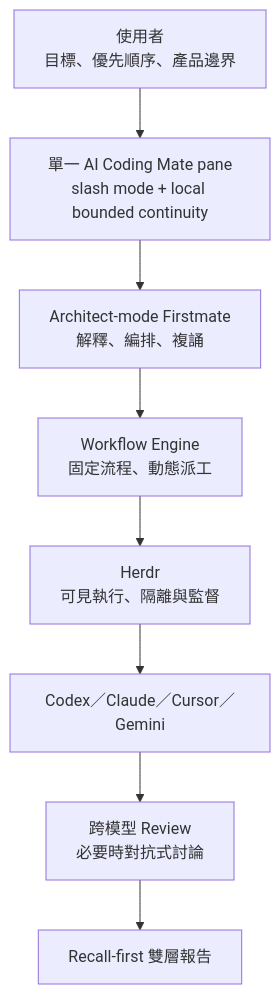
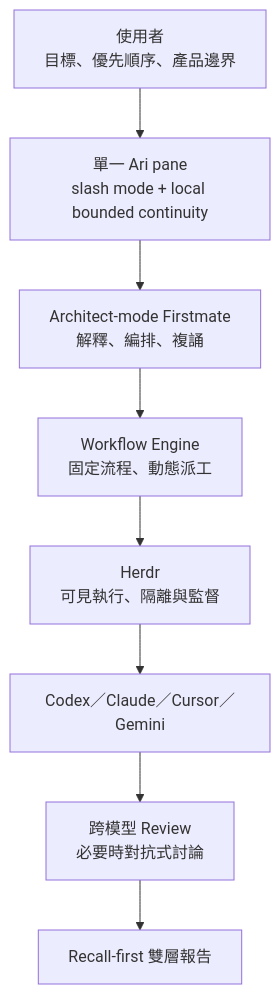
Before and after one commit to lunhsiangyuan/aicoding-mate: the diagram in README.md, drawn with Mermaid. The commit also changed other lines of this file and 15 other files, not shown here.

First line of the commit message:
chore: rename AI Coding Mate to Ari

````diff
--- a/README.md
+++ b/README.md
@@ -20,10 +22,10 @@
 ```mermaid
 flowchart TD
-    U["使用者<br/>目標、優先順序、產品邊界"] --> P["單一 AI Coding Mate pane<br/>slash mode + local bounded continuity"]
+    U["使用者<br/>目標、優先順序、產品邊界"] --> P["單一 Ari pane<br/>slash mode + local bounded continuity"]
     P --> A["Architect-mode Firstmate<br/>解釋、編排、複誦"]
     A --> W["Workflow Engine<br/>固定流程、動態派工"]
     W --> H["Herdr<br/>可見執行、隔離與監督"]
     H --> M["Codex／Claude／Cursor／Gemini"]
     M --> R["跨模型 Review<br/>必要時對抗式討論"]
     R --> O["Recall-first 雙層報告"]
 ```
````
